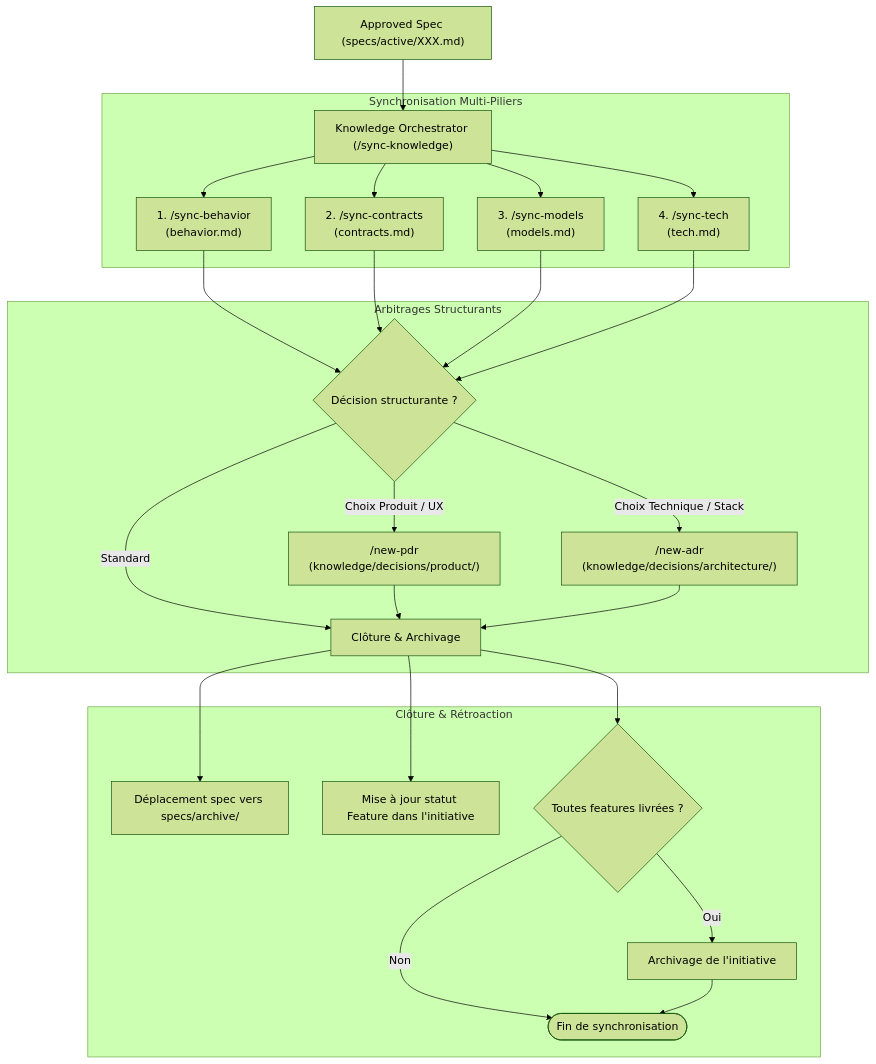
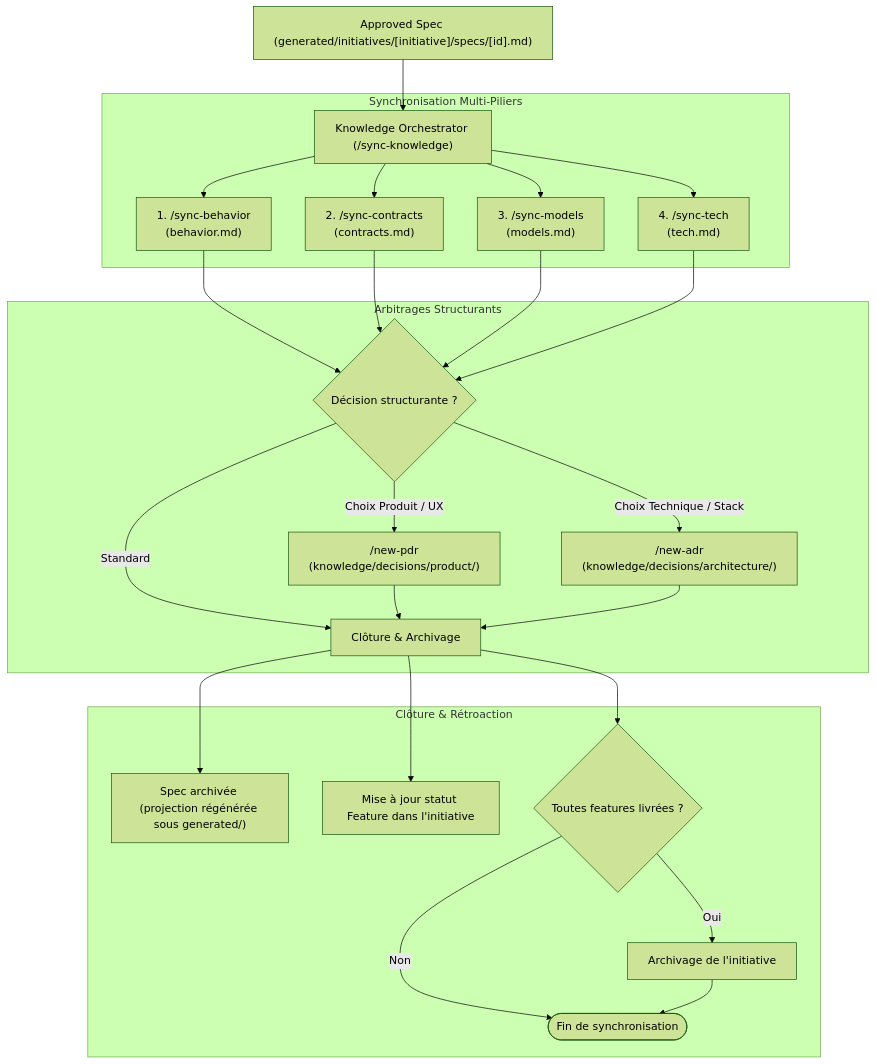
Before and after one commit to ngdo-pro/sdd: the diagram in agents/knowledge-orchestrator.md, drawn with Mermaid (forest theme). The commit also changed other lines of this file and 47 other files, not shown here.

Commit message:
feat!: route all projections through generated/ namespace (spec 002)

````diff
--- a/agents/knowledge-orchestrator.md
+++ b/agents/knowledge-orchestrator.md
@@ -11,29 +11,29 @@
 ```mermaid
 flowchart TD
-    SPEC["Approved Spec (specs/active/XXX.md)"] --> ORCH["Knowledge Orchestrator (/sync-knowledge)"]
+    SPEC["Approved Spec (generated/initiatives/[initiative]/specs/[id].md)"] --> ORCH["Knowledge Orchestrator (/sync-knowledge)"]
     
     subgraph Synchronisation Multi-Piliers
         ORCH --> B["1. /sync-behavior<br>(behavior.md)"]
         ORCH --> C["2. /sync-contracts<br>(contracts.md)"]
         ORCH --> M["3. /sync-models<br>(models.md)"]
         ORCH --> T["4. /sync-tech<br>(tech.md)"]
     end
     
     subgraph Arbitrages Structurants
         B & C & M & T --> DEC{"Décision structurante ?"}
         DEC -->|Choix Produit / UX| PDR["/new-pdr<br>(knowledge/decisions/product/)"]
         DEC -->|Choix Technique / Stack| ADR["/new-adr<br>(knowledge/decisions/architecture/)"]
         DEC -->|Standard| CLOSE["Clôture & Archivage"]
         PDR --> CLOSE
         ADR --> CLOSE
     end
     
     subgraph Clôture & Rétroaction
-        CLOSE --> ARCH["Déplacement spec vers specs/archive/"]
+        CLOSE --> ARCH["Spec archivée (projection régénérée sous generated/)"]
         CLOSE --> FEAT["Mise à jour statut Feature dans l'initiative"]
         CLOSE --> INIT{"Toutes features livrées ?"}
         INIT -->|Oui| ARCH_INIT["Archivage de l'initiative"]
         INIT -->|Non| DONE(["Fin de synchronisation"])
         ARCH_INIT --> DONE
     end
 ```
````
